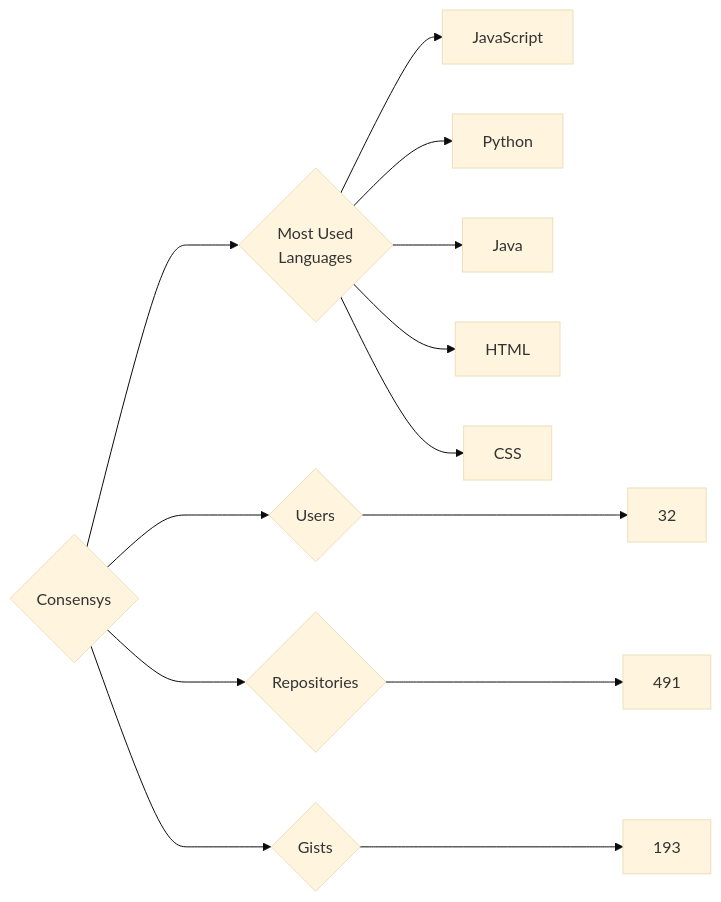
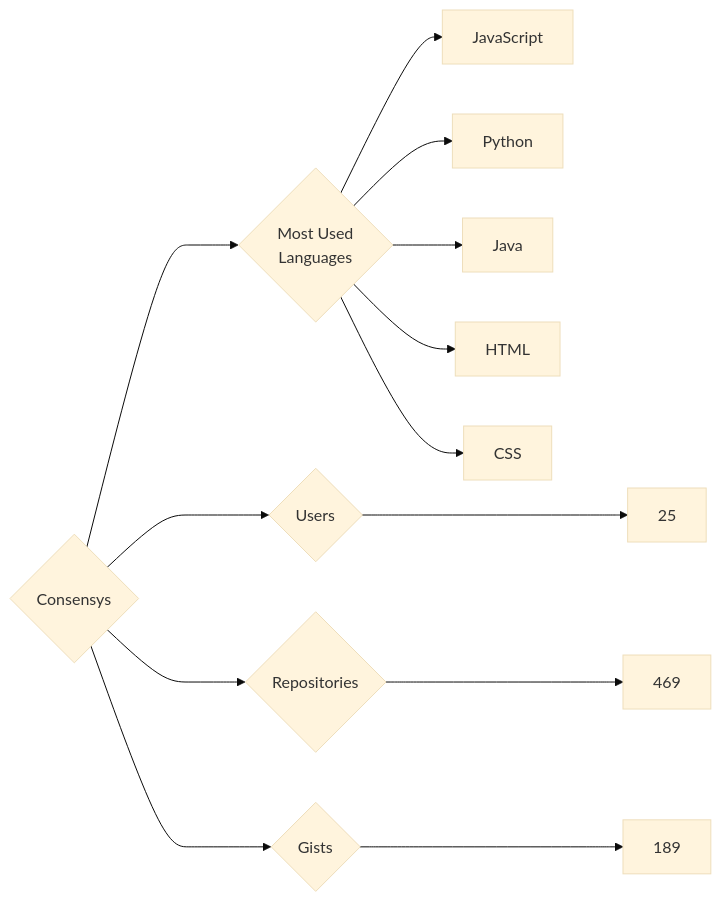
Before and after one commit to trickest/insiders: the diagram in targets/Consensys/README.md, drawn with Mermaid (base theme). The commit also changed 1195 other files, not shown here.

````diff
--- a/targets/Consensys/README.md
+++ b/targets/Consensys/README.md
@@ -3,13 +3,13 @@
 ```mermaid
 graph LR
 COMPANY_NAME{Consensys}
-COMPANY_NAME ---> U{Users} ---> UN[32]
-COMPANY_NAME ---> R{Repositories} ---> RN[491]
-COMPANY_NAME ---> G{Gists} ---> GN[193]
+COMPANY_NAME ---> U{Users} ---> UN[25]
+COMPANY_NAME ---> R{Repositories} ---> RN[469]
+COMPANY_NAME ---> G{Gists} ---> GN[189]
 COMPANY_NAME ---> ML{Most Used<br>Languages}
 ML --> JavaScript[JavaScript]
 ML --> Python[Python]
 ML --> Java[Java]
 ML --> HTML[HTML]
 ML --> CSS[CSS]
 ```
````
